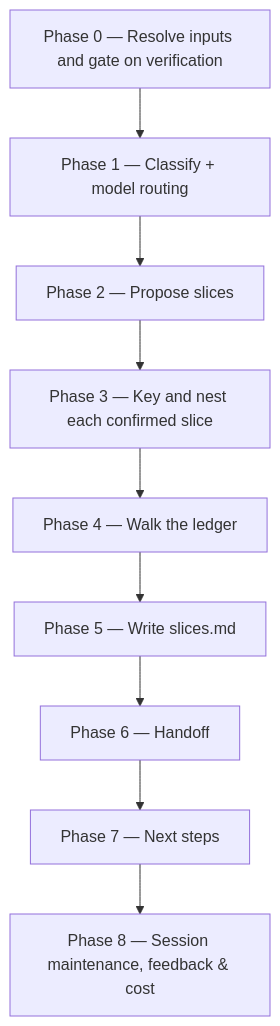
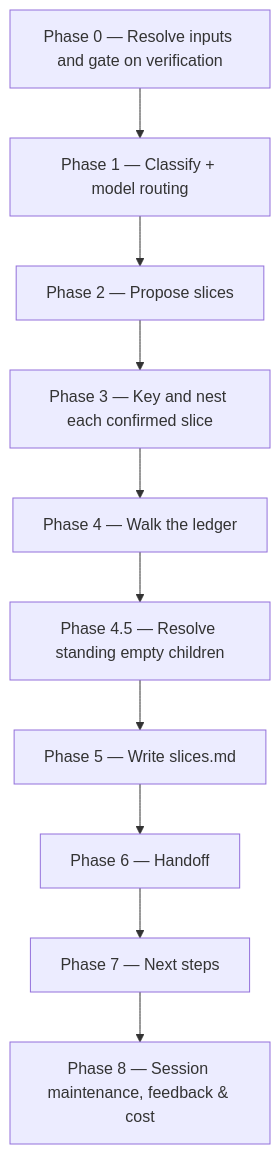
One commit to ihudak/ihudak-claude-plugins changed the diagram in plugins/dev-workflows/docs/commands/brd-split.md. Above: the diagram before and after it, drawn with Mermaid. The commit also changed other lines of this file and 5 other files, not shown here.

````diff
--- a/plugins/dev-workflows/docs/commands/brd-split.md
+++ b/plugins/dev-workflows/docs/commands/brd-split.md
@@ -54,11 +55,12 @@
 ```mermaid
 flowchart TD
     p0["Phase 0 — Resolve inputs and gate on verification"] --> p1["Phase 1 — Classify + model routing"]
     p1 --> p2["Phase 2 — Propose slices"]
     p2 --> p3["Phase 3 — Key and nest each confirmed slice"]
     p3 --> p4["Phase 4 — Walk the ledger"]
-    p4 --> p5["Phase 5 — Write slices.md"]
+    p4 --> p45["Phase 4.5 — Resolve standing empty children"]
+    p45 --> p5["Phase 5 — Write slices.md"]
     p5 --> p6["Phase 6 — Handoff"]
     p6 --> p7["Phase 7 — Next steps"]
     p7 --> p8["Phase 8 — Session maintenance, feedback & cost"]
 ```
````
